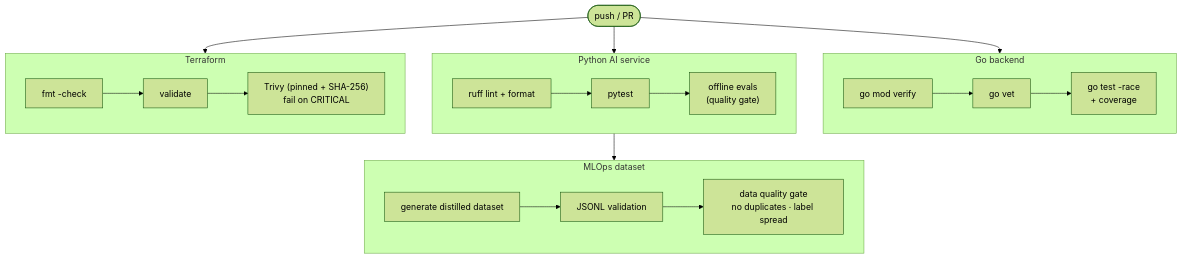
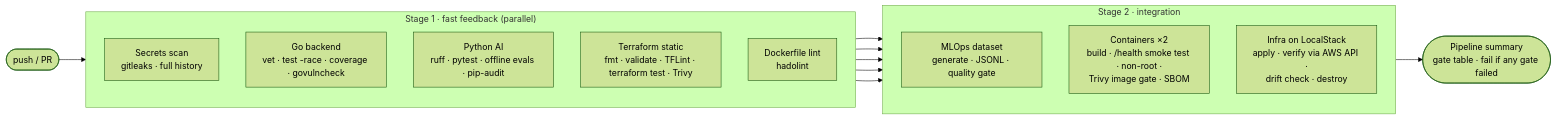
The second of 2 diagrams in docs/README.md (ggonzalez36/AI-Advisor), drawn with Mermaid before and after one commit. The commit also changed other lines of this file and 53 other files, not shown here.

First line of the commit message:
Feat/infra localstack pipeline (#3)

````diff
--- a/docs/README.md
+++ b/docs/README.md
@@ -77,18 +77,26 @@
 ```mermaid
 %%{init: {"theme": "forest"}}%%
-flowchart TD
-    PUSH([push / PR]) --> GO & PY & TF
-    subgraph GO ["Go backend"]
-        G1[go mod verify] --> G2[go vet] --> G3["go test -race<br/>+ coverage"]
+flowchart LR
+    PUSH([push / PR]) --> S1
+
+    subgraph S1 ["Stage 1 · fast feedback (parallel)"]
+        direction TB
+        SEC["Secrets scan<br/>gitleaks · full history"]
+        GO["Go backend<br/>vet · test -race · coverage · govulncheck"]
+        PY["Python AI<br/>ruff · pytest · offline evals · pip-audit"]
+        TF["Terraform static<br/>fmt · validate · TFLint · terraform test · Trivy"]
+        HD["Dockerfile lint<br/>hadolint"]
     end
-    subgraph PY ["Python AI service"]
-        P1[ruff lint + format] --> P2[pytest] --> P3["offline evals<br/>(quality gate)"]
+
+    subgraph S2 ["Stage 2 · integration"]
+        direction TB
+        DS["MLOps dataset<br/>generate · JSONL · quality gate"]
+        IMG["Containers ×2<br/>build · /health smoke test · non-root ·<br/>Trivy image gate · SBOM"]
+        LS["Infra on LocalStack<br/>apply · verify via AWS API ·<br/>drift check · destroy"]
     end
-    subgraph TF ["Terraform"]
-        T1[fmt -check] --> T2[validate] --> T3["Trivy (pinned + SHA-256)<br/>fail on CRITICAL"]
-    end
+
     PY --> DS
-    subgraph DS ["MLOps dataset"]
-        D1[generate distilled dataset] --> D2[JSONL validation] --> D3["data quality gate<br/>no duplicates · label spread"]
-    end
+    GO & PY & HD --> IMG
+    TF --> LS
+    S2 --> SUM(["Pipeline summary<br/>gate table · fail if any gate failed"])
 ```
````
